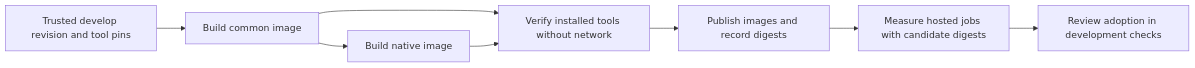
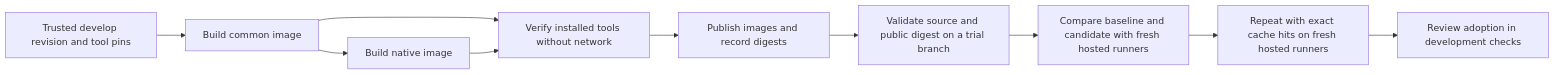
Before and after one commit to kmosoti/FabricO11y: the seventh of 9 diagrams in docs/architecture.md, drawn with Mermaid. The commit also changed other lines of this file and 5 other files, not shown here.

Commit message:
ci: pair hosted cold and warm tool image qualification

````diff
--- a/docs/architecture.md
+++ b/docs/architecture.md
@@ -206,10 +206,12 @@
 ```mermaid
 flowchart LR
     Pins["Trusted develop revision and tool pins"] --> Common["Build common image"]
     Common --> Native["Build native image"]
     Common --> Offline["Verify installed tools without network"]
     Native --> Offline
     Offline --> Registry["Publish images and record digests"]
-    Registry --> Qualification["Measure hosted jobs with candidate digests"]
-    Qualification --> Review["Review adoption in development checks"]
+    Registry --> Plan["Validate source and public digest on a trial branch"]
+    Plan --> Cold["Compare baseline and candidate with fresh hosted runners"]
+    Cold --> Warm["Repeat with exact cache hits on fresh hosted runners"]
+    Warm --> Review["Review adoption in development checks"]
 ```
````
